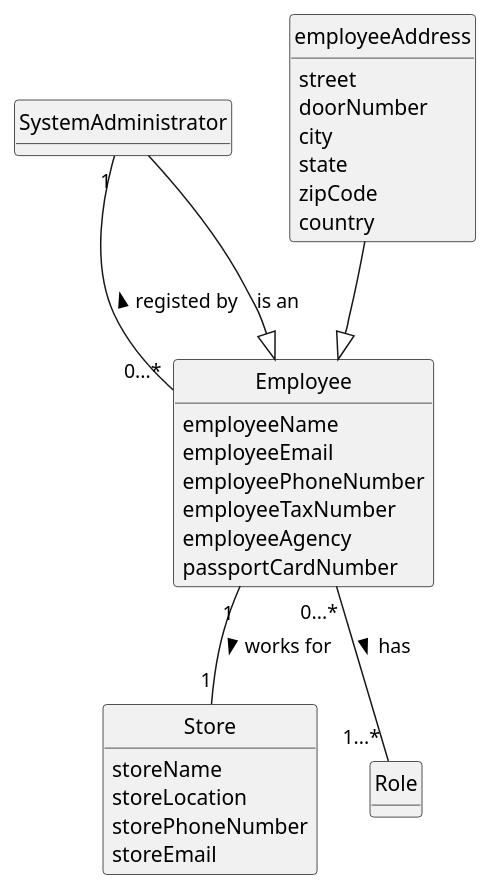
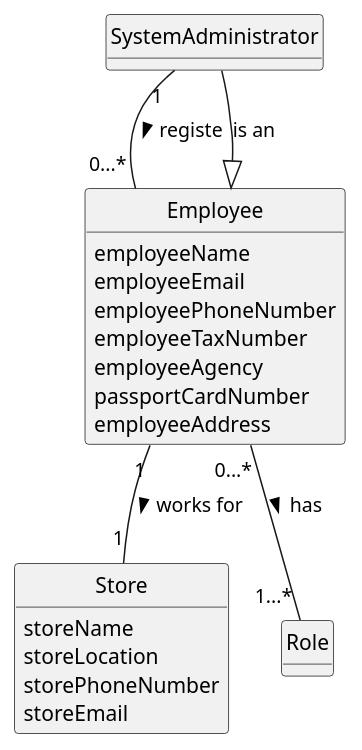
Before and after one commit to 1220812/LAPR2: the diagram in docs/sprintB/us003/02.analysis/puml/us003-domain-model.puml, drawn with PlantUML. The commit also changed 13 other files, not shown here.

```diff
--- a/docs/sprintB/us003/02.analysis/puml/us003-domain-model.puml
+++ b/docs/sprintB/us003/02.analysis/puml/us003-domain-model.puml
@@ -1,54 +1,46 @@
 @startuml
 skinparam monochrome true
 skinparam packageStyle rectangle
 skinparam shadowing false
 'skinparam linetype ortho
 'left to right direction
 skinparam classAttributeIconSize 0
 hide circle
 hide methods
 
 
 class SystemAdministrator{
 }
 
-class employeeAddress{
-street
-doorNumber
-city
-state
-zipCode
-country
-}
-
 
 class Employee {
     employeeName
     employeeEmail
     employeePhoneNumber
     employeeTaxNumber
     employeeAgency
     passportCardNumber
+    employeeAddress
 }
 
 
 class Store{
 storeName
 storeLocation
 storePhoneNumber
 storeEmail
 }
 
 class Role{
 }
 
 
-SystemAdministrator "1"--"0...*" Employee: registed by <
+SystemAdministrator "1"--"0...*" Employee: registe >
 SystemAdministrator --|> Employee: is an
-employeeAddress --|> Employee
+
 
 Employee "1"--"1" Store: works for >
 Employee "0...*"--"1...*" Role: has >
 
 
 @enduml
```
